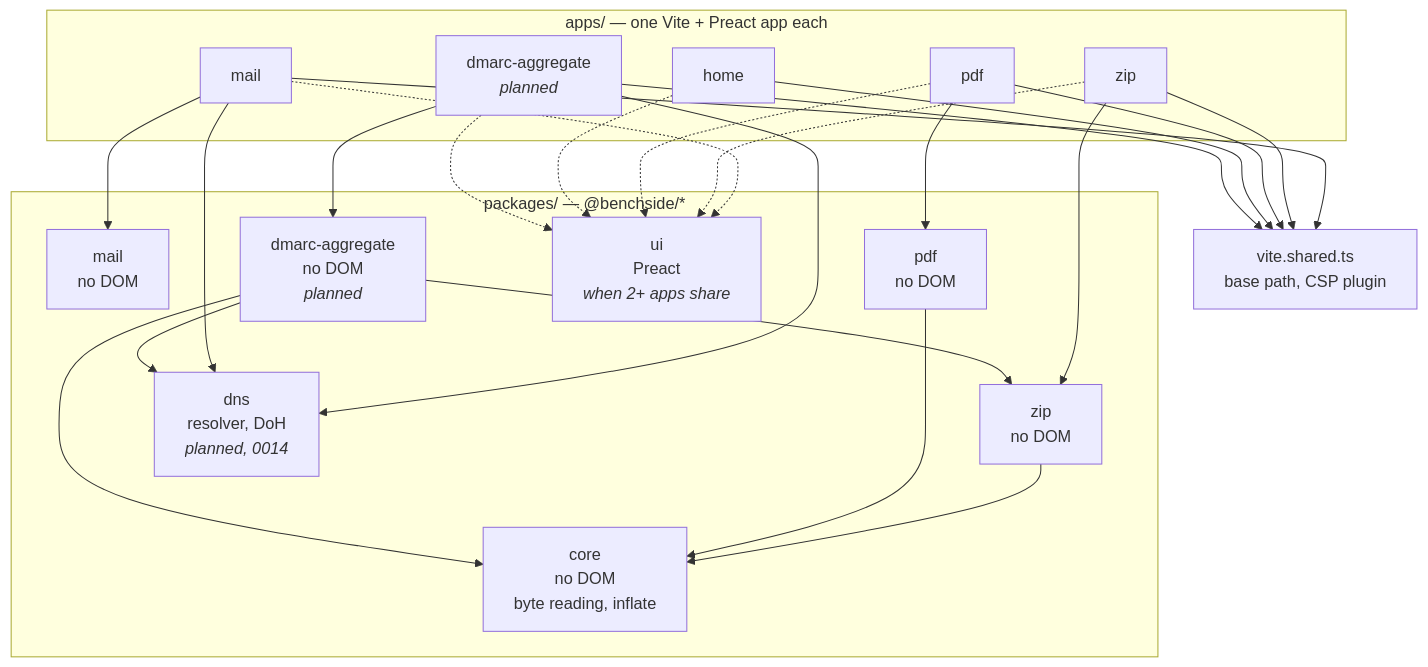
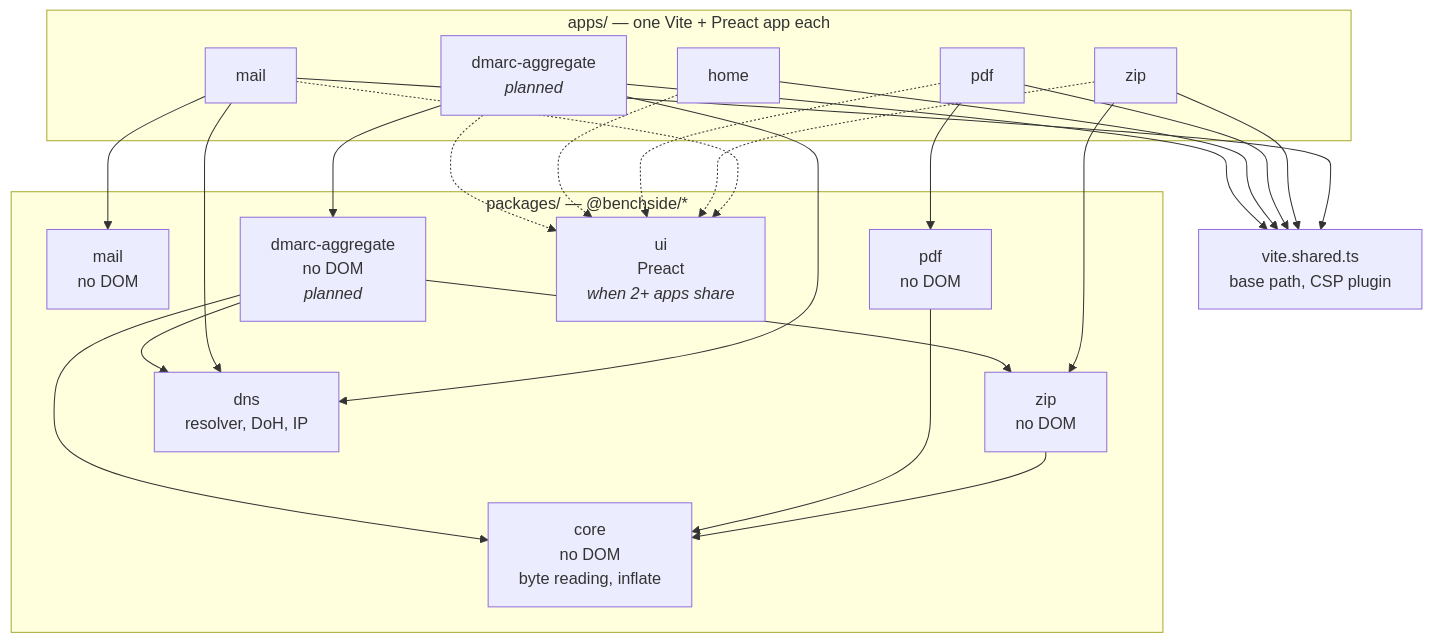
One commit to photom/benchside changed the first of 6 diagrams in docs/explanation/architecture.md. Above: the diagram before and after it, drawn with Mermaid. The commit also changed 55 other files, not shown here.

First line of the commit message:
Move the DNS resolver into @benchside/dns (#17)

````diff
--- a/docs/explanation/architecture.md
+++ b/docs/explanation/architecture.md
@@ -14,32 +14,32 @@
 ```mermaid
 flowchart TD
   subgraph apps [apps/ — one Vite + Preact app each]
     home[home]
     mail[mail]
     zip[zip]
     pdf[pdf]
     dmarc["dmarc-aggregate<br/><i>planned</i>"]
   end
 
   subgraph packages [packages/ — @benchside/*]
     pmail[mail<br/>no DOM]
     pzip[zip<br/>no DOM]
     ppdf[pdf<br/>no DOM]
     core[core<br/>no DOM<br/>byte reading, inflate]
     pdmarc["dmarc-aggregate<br/>no DOM<br/><i>planned</i>"]
-    pdns["dns<br/>resolver, DoH<br/><i>planned, 0014</i>"]
+    pdns["dns<br/>resolver, DoH, IP"]
     ui[ui<br/>Preact<br/><i>when 2+ apps share</i>]
   end
 
   shared[vite.shared.ts<br/>base path, CSP plugin]
 
   mail --> pmail
   zip --> pzip
   pdf --> ppdf
   pzip & ppdf --> core
   dmarc --> pdmarc & pdns
   mail --> pdns
   pdmarc --> pzip & core & pdns
   mail & zip & pdf & home & dmarc -.-> ui
   mail & zip & pdf & home & dmarc --> shared
 ```
````
